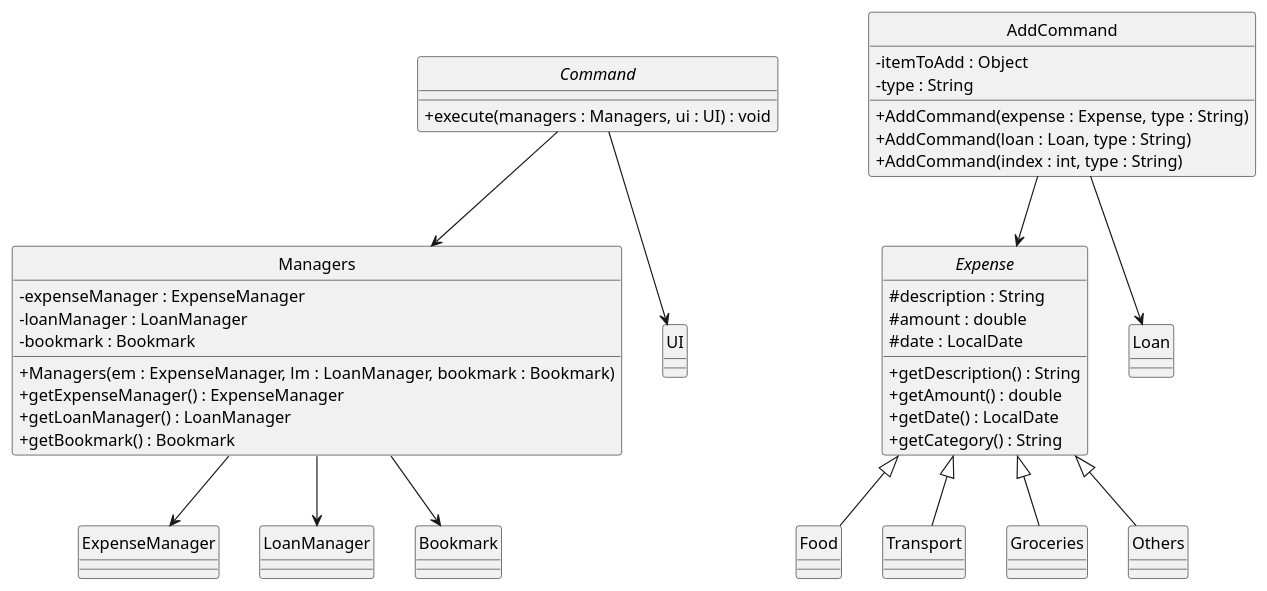
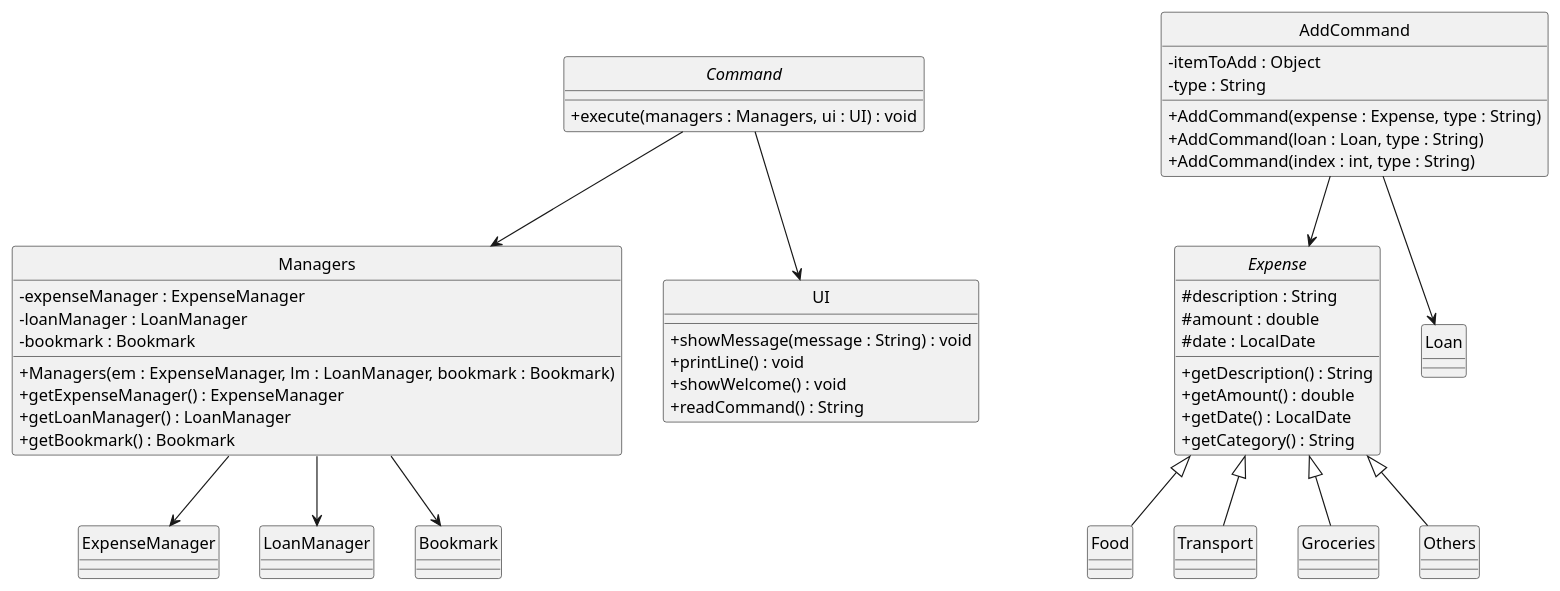
Before and after one commit to b0wen120/tp: the diagram in docs/Diagrams/ParserDependencies.puml, drawn with PlantUML. The commit also changed 8 other files, not shown here.

```diff
--- a/docs/Diagrams/ParserDependencies.puml
+++ b/docs/Diagrams/ParserDependencies.puml
@@ -1,61 +1,68 @@
 @startuml
 skinparam classAttributeIconSize 0
 hide circle
 
 abstract class Command {
     + execute(managers : Managers, ui : UI) : void
 }
 
 class Managers {
     - expenseManager : ExpenseManager
     - loanManager : LoanManager
     - bookmark : Bookmark
     + Managers(em : ExpenseManager, lm : LoanManager, bookmark : Bookmark)
     + getExpenseManager() : ExpenseManager
     + getLoanManager() : LoanManager
     + getBookmark() : Bookmark
 }
 
 class AddCommand {
     - itemToAdd : Object
     - type : String
     + AddCommand(expense : Expense, type : String)
     + AddCommand(loan : Loan, type : String)
     + AddCommand(index : int, type : String)
+}
+
+class UI {
+    + showMessage(message : String) : void
+    + printLine() : void
+    + showWelcome() : void
+    + readCommand() : String
 }
 
 abstract class Expense {
     # description : String
     # amount : double
     # date : LocalDate
     + getDescription() : String
     + getAmount() : double
     + getDate() : LocalDate
     + getCategory() : String
 }
 
 class Food
 class Transport
 class Groceries
 class Others
 
 Command --> Managers
 
 Command --> UI
 
 Managers --> ExpenseManager
 
 Managers --> LoanManager
 
 Managers --> Bookmark
 
 AddCommand --> Expense
 
 AddCommand --> Loan
 
 Expense <|-- Food
 Expense <|-- Transport
 Expense <|-- Groceries
 Expense <|-- Others
 
 @enduml
```
